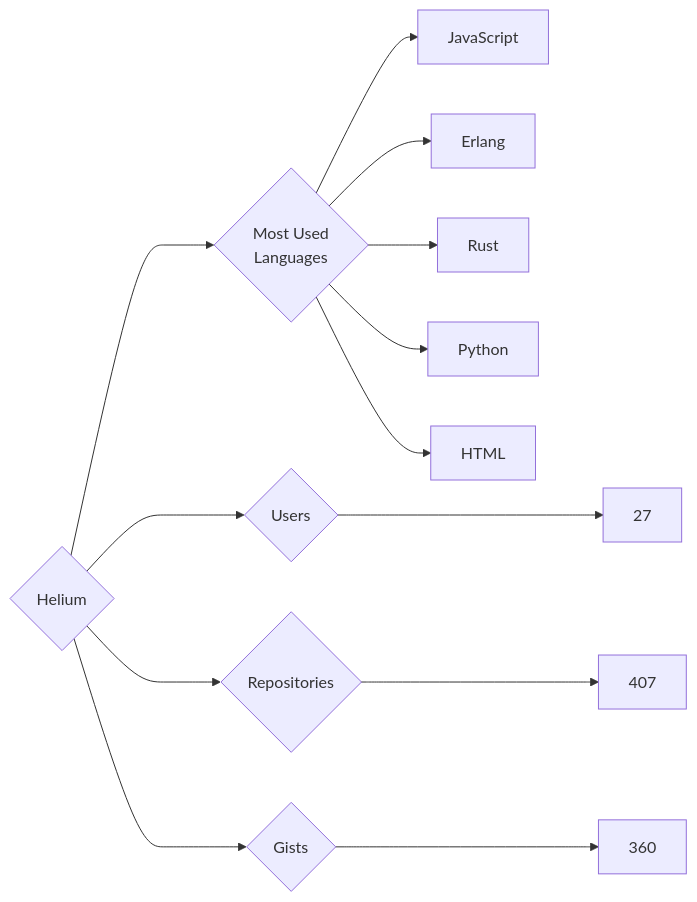
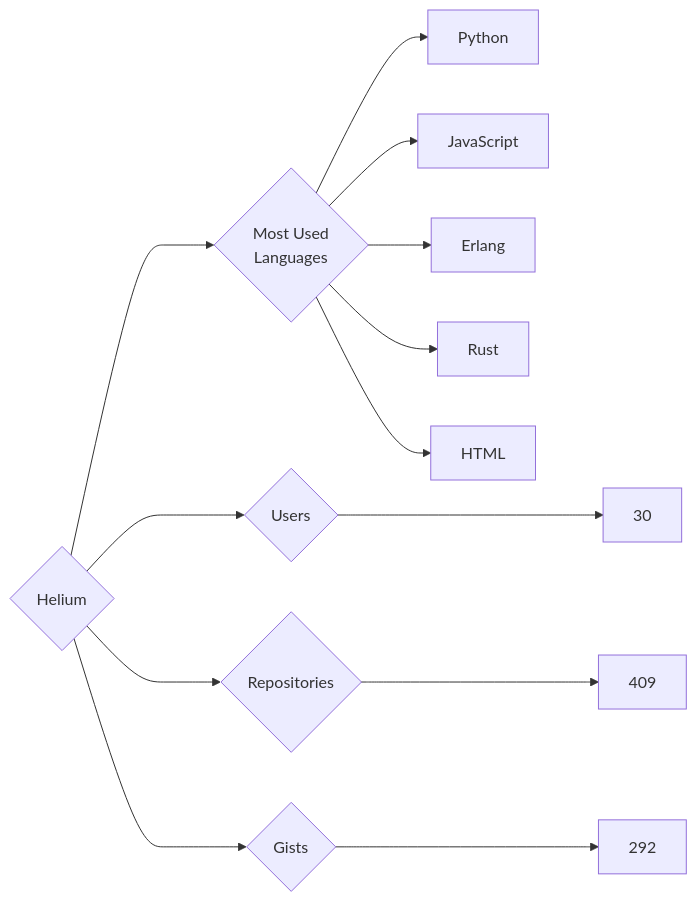
The diagram in targets/Helium/README.md (trickest/insiders), drawn with Mermaid before and after one commit. The commit also changed 644 other files, not shown here.

````diff
--- a/targets/Helium/README.md
+++ b/targets/Helium/README.md
@@ -3,13 +3,13 @@
 ```mermaid
 graph LR
 COMPANY_NAME{Helium}
-COMPANY_NAME ---> U{Users} ---> UN[27]
-COMPANY_NAME ---> R{Repositories} ---> RN[407]
-COMPANY_NAME ---> G{Gists} ---> GN[360]
+COMPANY_NAME ---> U{Users} ---> UN[30]
+COMPANY_NAME ---> R{Repositories} ---> RN[409]
+COMPANY_NAME ---> G{Gists} ---> GN[292]
 COMPANY_NAME ---> ML{Most Used<br>Languages}
+ML --> Python[Python]
 ML --> JavaScript[JavaScript]
 ML --> Erlang[Erlang]
 ML --> Rust[Rust]
-ML --> Python[Python]
 ML --> HTML[HTML]
 ```
````
